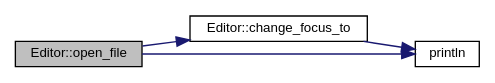
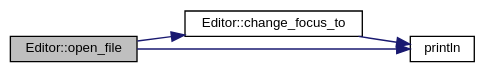
The diagram in dc/d38/class_editor_a0dbd67151109a433f0df1af433a59fd4_cgraph.dot (marisarze/otus_cpp_development_principles), drawn with Graphviz before and after one commit. The commit also changed 82 other files, not shown here.

```diff
--- a/dc/d38/class_editor_a0dbd67151109a433f0df1af433a59fd4_cgraph.dot
+++ b/dc/d38/class_editor_a0dbd67151109a433f0df1af433a59fd4_cgraph.dot
@@ -1,14 +1,15 @@
 digraph "Editor::open_file"
 {
  // INTERACTIVE_SVG=YES
  // LATEX_PDF_SIZE
+  bgcolor="transparent";
   edge [fontname="Helvetica",fontsize="10",labelfontname="Helvetica",labelfontsize="10"];
   node [fontname="Helvetica",fontsize="10",shape=record];
   rankdir="LR";
   Node1 [label="Editor::open_file",height=0.2,width=0.4,color="black", fillcolor="grey75", style="filled", fontcolor="black",tooltip="loading new document to open tabs"];
   Node1 -> Node2 [color="midnightblue",fontsize="10",style="solid",fontname="Helvetica"];
-  Node2 [label="Editor::change_focus_to",height=0.2,width=0.4,color="black", fillcolor="white", style="filled",URL="$dc/d38/class_editor.html#a2a0173545fcc3f7a162e555a3f058e41",tooltip="changing focus to target tab through setting \"current_tab\" parameter value."];
+  Node2 [label="Editor::change_focus_to",height=0.2,width=0.4,color="black",URL="$dc/d38/class_editor.html#a2a0173545fcc3f7a162e555a3f058e41",tooltip="changing focus to target tab through setting \"current_tab\" parameter value."];
   Node2 -> Node3 [color="midnightblue",fontsize="10",style="solid",fontname="Helvetica"];
-  Node3 [label="println",height=0.2,width=0.4,color="black", fillcolor="white", style="filled",URL="$d1/d1f/editor_8cpp.html#a7187bd2506b183203982bbb35c73483b",tooltip="Utility function for printing messages using <fmt> library plus new line character."];
+  Node3 [label="println",height=0.2,width=0.4,color="black",URL="$d1/d1f/editor_8cpp.html#a7187bd2506b183203982bbb35c73483b",tooltip="Utility function for printing messages using <fmt> library plus new line character."];
   Node1 -> Node3 [color="midnightblue",fontsize="10",style="solid",fontname="Helvetica"];
 }
```
